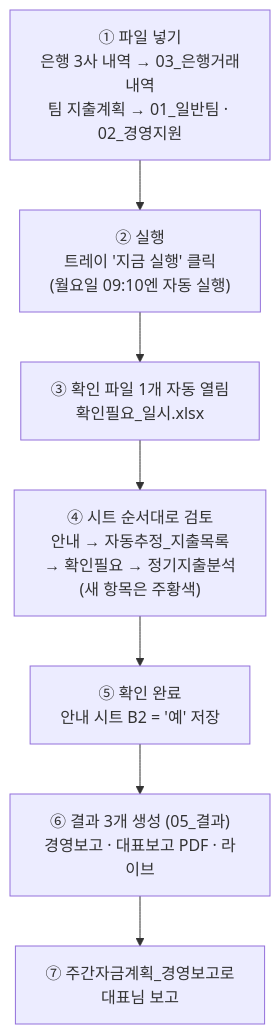
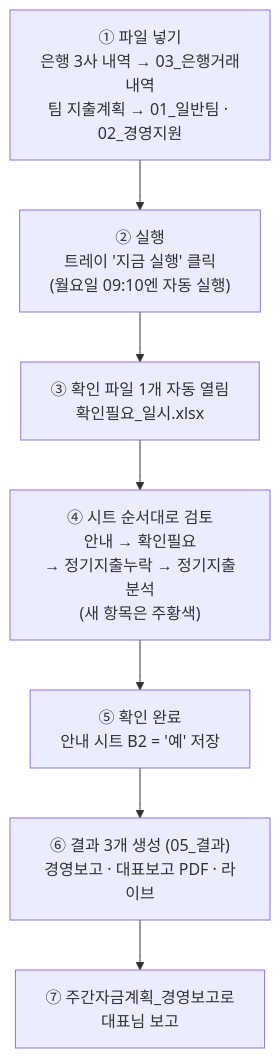
The diagram in 01-Projects/에이팜건강-주간자금계획-자동화/자금계획_자동화_한눈에_보기.md (goldgarden9620419-maker/mynotes), drawn with Mermaid before and after one commit. The commit also changed other lines of this file and 11 other files, not shown here.

````diff
--- a/01-Projects/에이팜건강-주간자금계획-자동화/자금계획_자동화_한눈에_보기.md
+++ b/01-Projects/에이팜건강-주간자금계획-자동화/자금계획_자동화_한눈에_보기.md
@@ -7,9 +7,9 @@
 ```mermaid
 flowchart TD
     A["① 파일 넣기<br>은행 3사 내역 → 03_은행거래내역<br>팀 지출계획 → 01_일반팀 · 02_경영지원"] --> B["② 실행<br>트레이 '지금 실행' 클릭<br>(월요일 09:10엔 자동 실행)"]
     B --> C["③ 확인 파일 1개 자동 열림<br>확인필요_일시.xlsx"]
-    C --> D["④ 시트 순서대로 검토<br>안내 → 자동추정_지출목록<br>→ 확인필요 → 정기지출분석<br>(새 항목은 주황색)"]
+    C --> D["④ 시트 순서대로 검토<br>안내 → 확인필요<br>→ 정기지출누락 → 정기지출분석<br>(새 항목은 주황색)"]
     D --> E["⑤ 확인 완료<br>안내 시트 B2 = '예' 저장"]
     E --> F["⑥ 결과 3개 생성 (05_결과)<br>경영보고 · 대표보고 PDF · 라이브"]
     F --> G["⑦ 주간자금계획_경영보고로<br>대표님 보고"]
 ```
````
